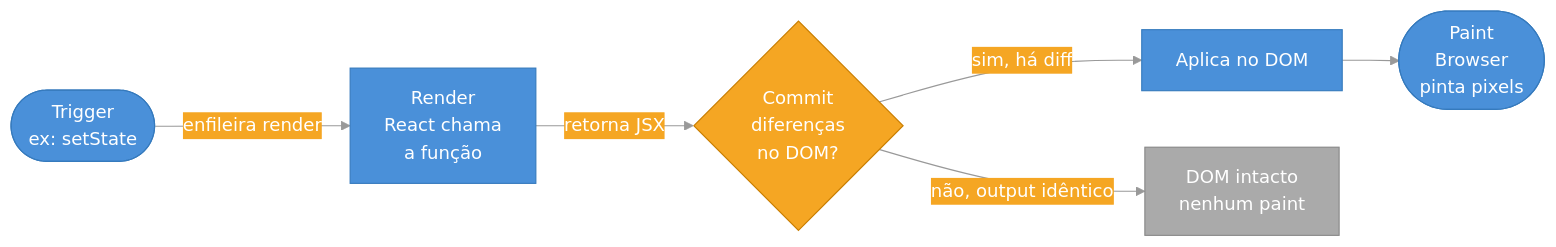
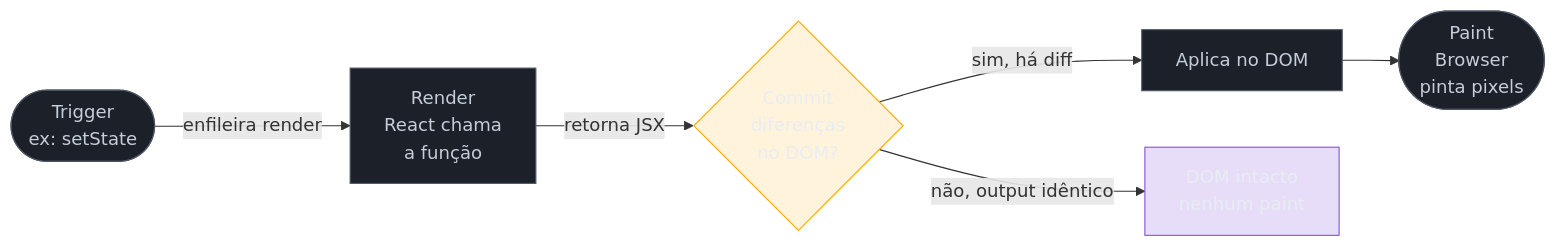
Before and after one commit to josenaldo/codex-technomanticus: the first of 2 diagrams in 03-Dominios/Tecnologia/React/React core/04 - Renderização - o que dispara um render.md, drawn with Mermaid. The commit also changed other lines of this file and 1181 other files, not shown here.

First line of the commit message:
fix(diagramas): paleta do sistema no lugar de cor cravada no markdown

````diff
--- a/03-Dominios/Tecnologia/React/React core/04 - Renderização - o que dispara um render.md
+++ b/03-Dominios/Tecnologia/React/React core/04 - Renderização - o que dispara um render.md
@@ -58,16 +58,18 @@
 ```mermaid
-%%{init: {"theme": "base", "themeVariables": {"primaryColor": "#4A90D9", "primaryTextColor": "#fff", "primaryBorderColor": "#357ABD", "lineColor": "#999", "secondaryColor": "#F5A623", "tertiaryColor": "#eee"}}}%%
 flowchart LR
+    classDef neutro fill:#1B2029,stroke:#4E5666,color:#C6CCD8
+    classDef destaque fill:#FFAA0024,stroke:#FFAA00,color:#E9ECF2
+    classDef marca fill:#8855DF33,stroke:#8855DF,color:#E9ECF2
     T([Trigger\nex: setState]) -->|enfileira render| R[Render\nReact chama\na função]
     R -->|retorna JSX| C{Commit\ndiferenças\nno DOM?}
     C -->|sim, há diff| D[Aplica no DOM]
     C -->|não, output idêntico| S[DOM intacto\nnenhum paint]
     D --> P([Paint\nBrowser\npinta pixels])
 
-    style T fill:#4A90D9,color:#fff,stroke:#357ABD
-    style R fill:#4A90D9,color:#fff,stroke:#357ABD
-    style C fill:#F5A623,color:#fff,stroke:#c97e00
-    style D fill:#4A90D9,color:#fff,stroke:#357ABD
-    style S fill:#aaa,color:#fff,stroke:#888
-    style P fill:#4A90D9,color:#fff,stroke:#357ABD
+    class T neutro
+    class R neutro
+    class C destaque
+    class D neutro
+    class S marca
+    class P neutro
 ```
````
